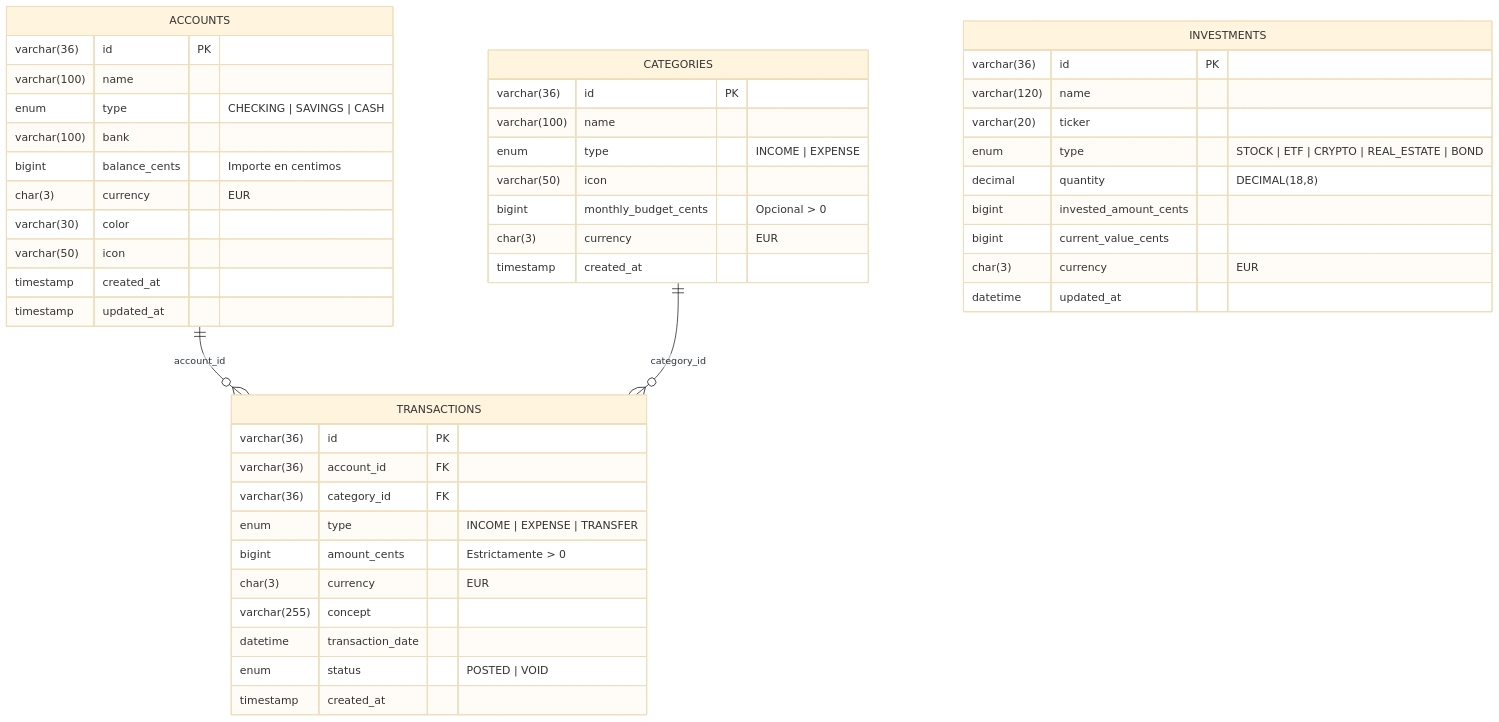
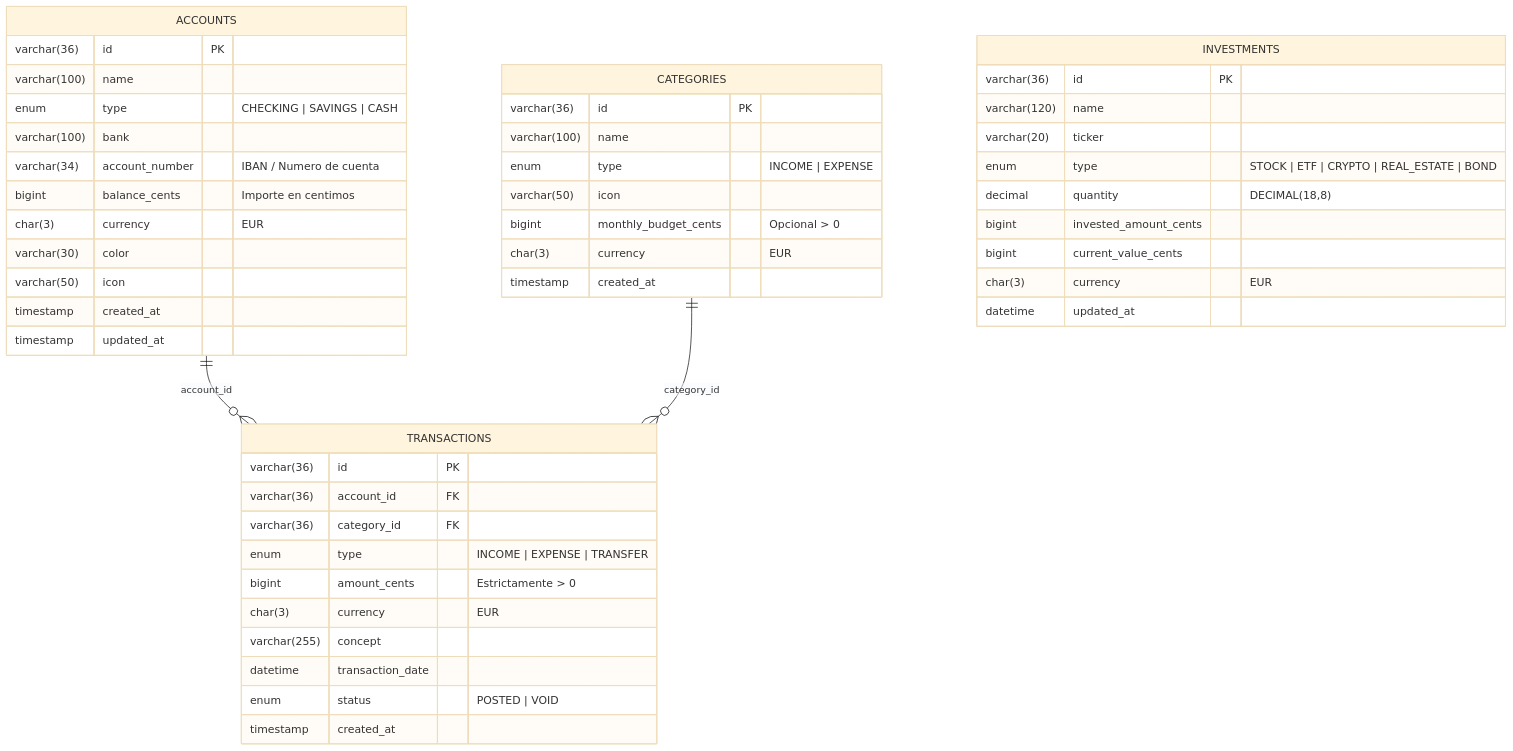
The second of 2 diagrams in react_nexjs_gestor_finanzas/docs/02-domain-model.md (ruben-munz/react_nextjs_gestor_finanzas), drawn with Mermaid (base theme) before and after one commit. The commit also changed other lines of this file and 17 other files, not shown here.

````diff
--- a/react_nexjs_gestor_finanzas/docs/02-domain-model.md
+++ b/react_nexjs_gestor_finanzas/docs/02-domain-model.md
@@ -79,53 +81,54 @@
 ```mermaid
 erDiagram
     ACCOUNTS ||--o{ TRANSACTIONS : "account_id"
     CATEGORIES ||--o{ TRANSACTIONS : "category_id"
 
     ACCOUNTS {
         varchar(36) id PK
         varchar(100) name
         enum type "CHECKING | SAVINGS | CASH"
         varchar(100) bank
+        varchar(34) account_number "IBAN / Numero de cuenta"
         bigint balance_cents "Importe en centimos"
         char(3) currency "EUR"
         varchar(30) color
         varchar(50) icon
         timestamp created_at
         timestamp updated_at
     }
 
     CATEGORIES {
         varchar(36) id PK
         varchar(100) name
         enum type "INCOME | EXPENSE"
         varchar(50) icon
         bigint monthly_budget_cents "Opcional > 0"
         char(3) currency "EUR"
         timestamp created_at
     }
 
     TRANSACTIONS {
         varchar(36) id PK
         varchar(36) account_id FK
         varchar(36) category_id FK
         enum type "INCOME | EXPENSE | TRANSFER"
         bigint amount_cents "Estrictamente > 0"
         char(3) currency "EUR"
         varchar(255) concept
         datetime transaction_date
         enum status "POSTED | VOID"
         timestamp created_at
     }
 
     INVESTMENTS {
         varchar(36) id PK
         varchar(120) name
         varchar(20) ticker
         enum type "STOCK | ETF | CRYPTO | REAL_ESTATE | BOND"
         decimal quantity "DECIMAL(18,8)"
         bigint invested_amount_cents
         bigint current_value_cents
         char(3) currency "EUR"
         datetime updated_at
     }
 ```
````
